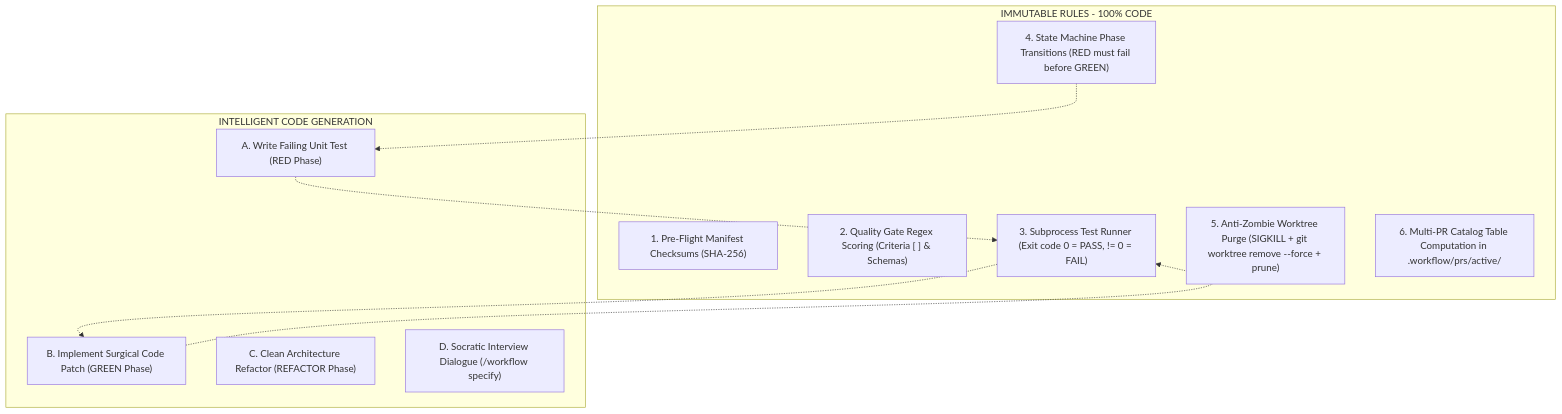
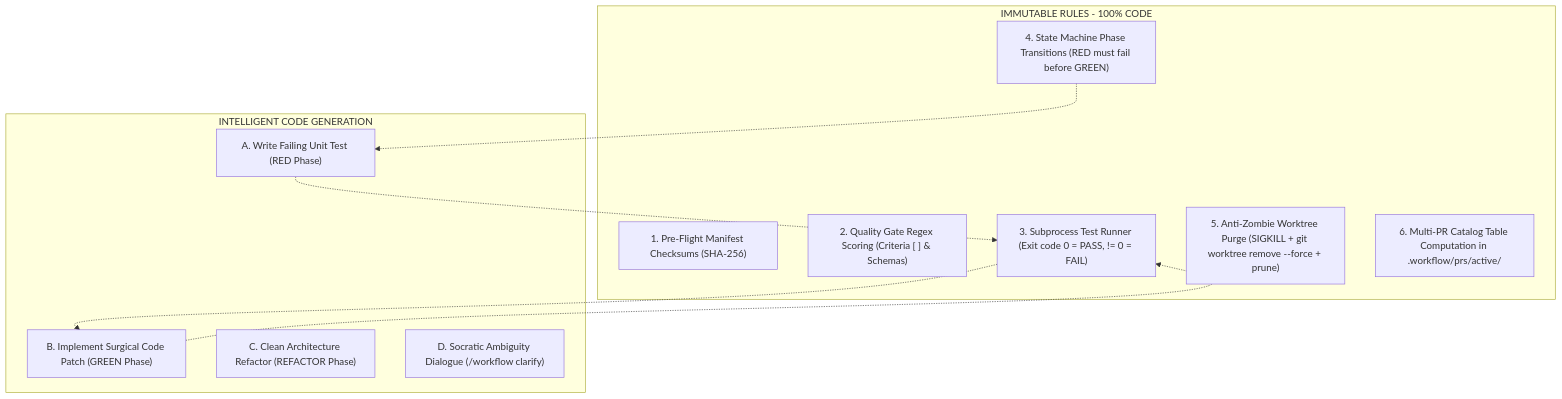
One commit to cezartdev/skills changed the diagram in skills/workflow/references/ARCHITECTURE.md. Above: the diagram before and after it, drawn with Mermaid. The commit also changed other lines of this file and 10 other files, not shown here.

````diff
--- a/skills/workflow/references/ARCHITECTURE.md
+++ b/skills/workflow/references/ARCHITECTURE.md
@@ -67,23 +67,23 @@
 ```mermaid
 graph TD
     subgraph Pure-Deterministic Python Pipeline [IMMUTABLE RULES - 100% CODE]
         D1["1. Pre-Flight Manifest Checksums (SHA-256)"]
         D2["2. Quality Gate Regex Scoring (Criteria [ ] & Schemas)"]
         D3["3. Subprocess Test Runner (Exit code 0 = PASS, != 0 = FAIL)"]
         D4["4. State Machine Phase Transitions (RED must fail before GREEN)"]
         D5["5. Anti-Zombie Worktree Purge (SIGKILL + git worktree remove --force + prune)"]
         D6["6. Multi-PR Catalog Table Computation in .workflow/prs/active/"]
     end
 
     subgraph LLM Reasoning Engine [INTELLIGENT CODE GENERATION]
         L1["A. Write Failing Unit Test (RED Phase)"]
         L2["B. Implement Surgical Code Patch (GREEN Phase)"]
         L3["C. Clean Architecture Refactor (REFACTOR Phase)"]
-        L4["D. Socratic Interview Dialogue (/workflow specify)"]
+        L4["D. Socratic Ambiguity Dialogue (/workflow clarify)"]
     end
 
     D4 -.-> L1
     L1 -.-> D3
     D3 -.-> L2
     L2 -.-> D3
 ```
````
